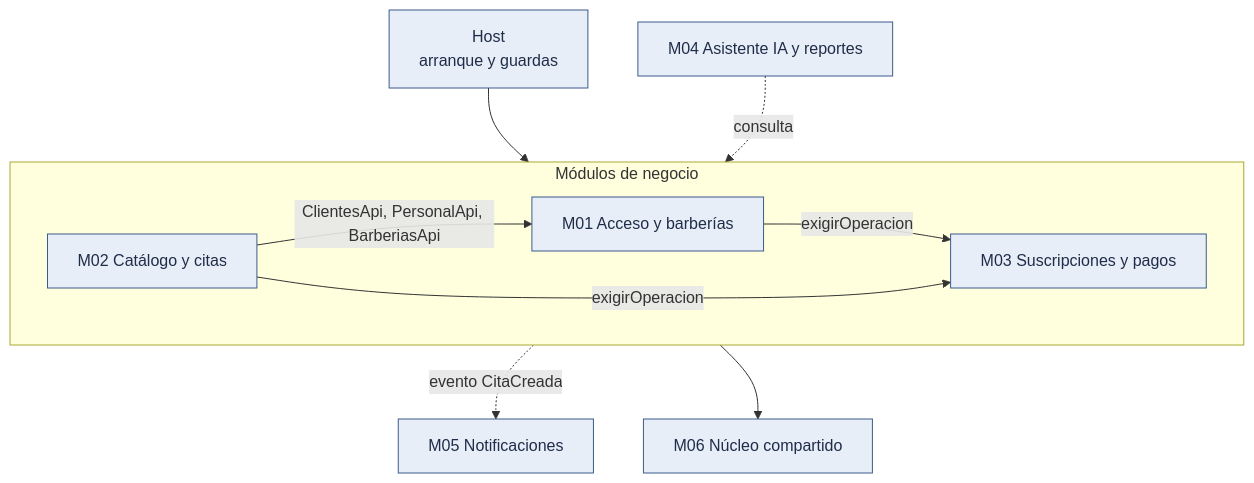
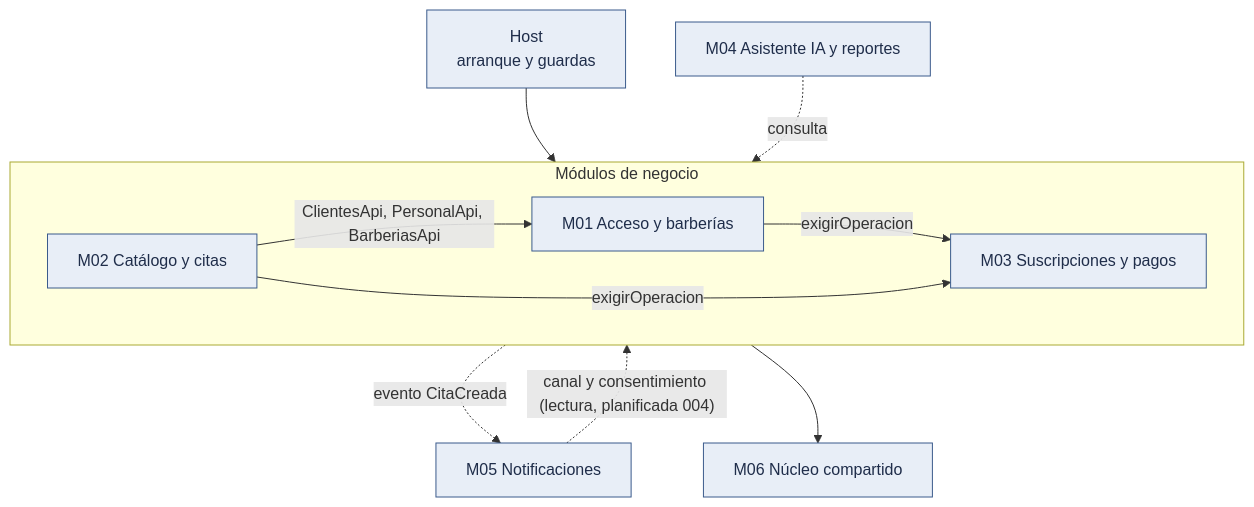
One commit to semcham/proyecto-final-barberia-ayacucho changed the diagram in docs/02-arquitectura-software/estilo-arquitectonico.md. Above: the diagram before and after it, drawn with Mermaid. The commit also changed other lines of this file and 22 other files, not shown here.

````diff
--- a/docs/02-arquitectura-software/estilo-arquitectonico.md
+++ b/docs/02-arquitectura-software/estilo-arquitectonico.md
@@ -57,28 +59,29 @@
 ```mermaid
 flowchart TB
     HOST["Host<br/>arranque y guardas"]
     subgraph IMPL["Módulos de negocio"]
         direction LR
         M02["M02 Catálogo y citas"]
         M01["M01 Acceso y barberías"]
         M03["M03 Suscripciones y pagos"]
     end
     M04["M04 Asistente IA y reportes"]
     M05["M05 Notificaciones"]
     M06["M06 Núcleo compartido"]
     HOST --> IMPL
     M02 -->|"ClientesApi, PersonalApi, BarberiasApi"| M01
     M01 -->|"exigirOperacion"| M03
     M02 -->|"exigirOperacion"| M03
     M04 -.->|"consulta"| IMPL
     M02 -.->|"evento CitaCreada"| M05
+    M05 -.->|"canal y consentimiento (lectura, planificada 004)"| M01
     IMPL --> M06
 
     classDef implementado fill:#e8eef7,stroke:#3b5b8c,color:#1f2d4a
     classDef planificado fill:#e8eef7,stroke:#3b5b8c,color:#1f2d4a
     classDef externo fill:#fff3e0,stroke:#ef6c00,color:#e65100
     classDef datos fill:#e3f2fd,stroke:#1565c0,color:#0d47a1
     classDef rechazo fill:#ffebee,stroke:#c62828,color:#b71c1c
     class HOST,M01,M02,M03,M06 implementado
     class M04,M05 planificado
 ```
````
